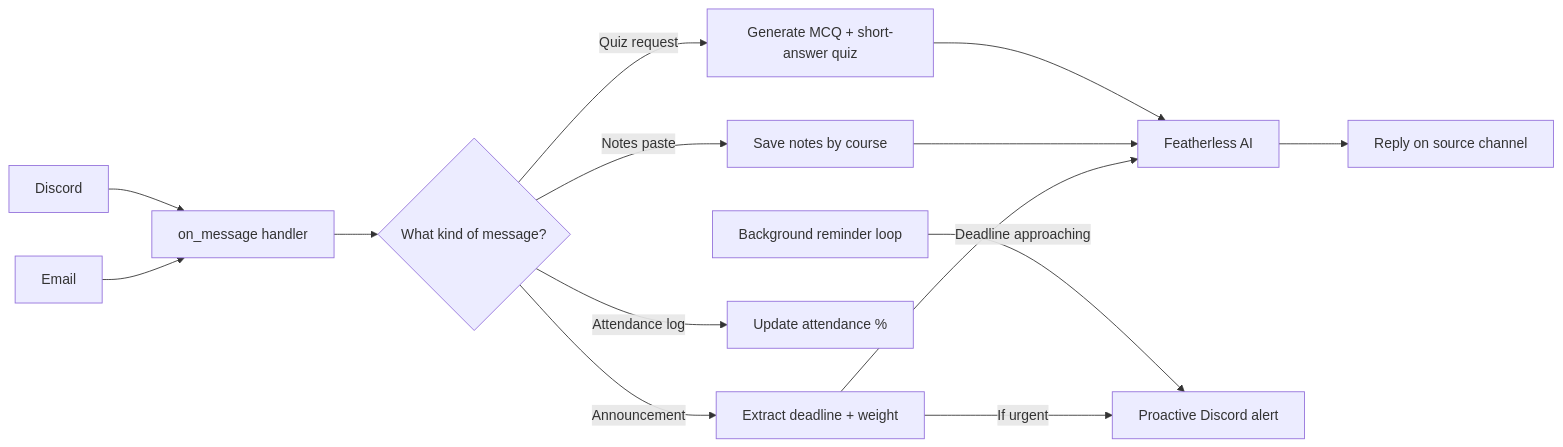
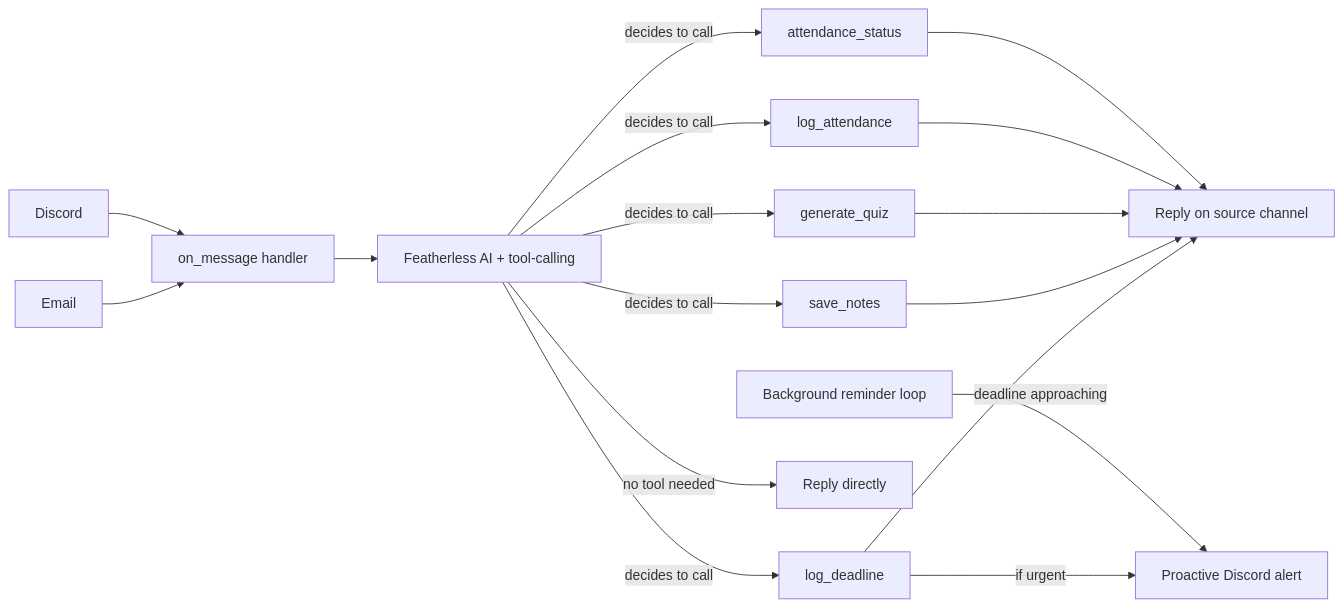
Before and after one commit to abdullah-innit/campuspilot-ai: the diagram in README.md, drawn with Mermaid.

Commit message:
Update flowchart to reflect tool-calling architecture

````diff
--- a/README.md
+++ b/README.md
@@ -13,16 +13,19 @@
 ```mermaid
 flowchart LR
     A[Email] --> H
     B[Discord] --> H
-    H[on_message handler] --> C{What kind of message?}
-    C -->|Announcement| D[Extract deadline + weight]
-    C -->|Notes paste| E[Save notes by course]
-    C -->|Quiz request| F[Generate MCQ + short-answer quiz]
-    C -->|Attendance log| G[Update attendance %]
-    D --> I[Featherless AI]
-    E --> I
-    F --> I
-    I --> J[Reply on source channel]
-    D -->|If urgent| K[Proactive Discord alert]
-    L[Background reminder loop] -->|Deadline approaching| K
+    H[on_message handler] --> I[Featherless AI + tool-calling]
+    I -->|decides to call| T1[log_deadline]
+    I -->|decides to call| T2[save_notes]
+    I -->|decides to call| T3[generate_quiz]
+    I -->|decides to call| T4[log_attendance]
+    I -->|decides to call| T5[attendance_status]
+    I -->|no tool needed| R[Reply directly]
+    T1 --> J[Reply on source channel]
+    T2 --> J
+    T3 --> J
+    T4 --> J
+    T5 --> J
+    T1 -->|if urgent| K[Proactive Discord alert]
+    L[Background reminder loop] -->|deadline approaching| K
 ```
````
